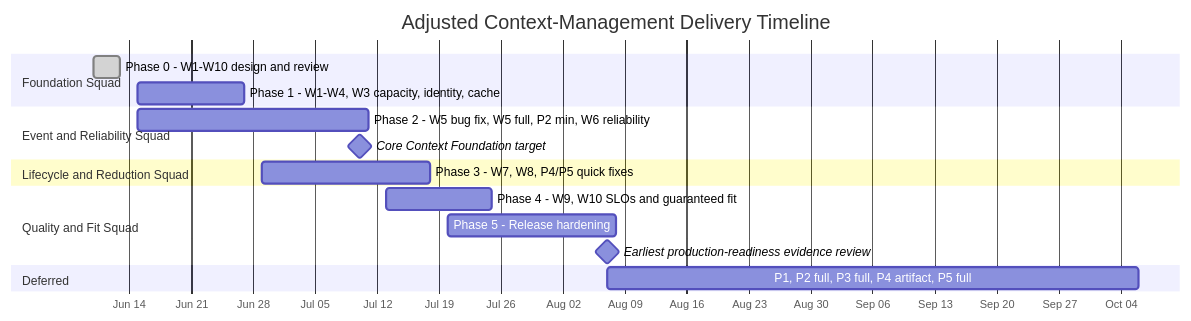
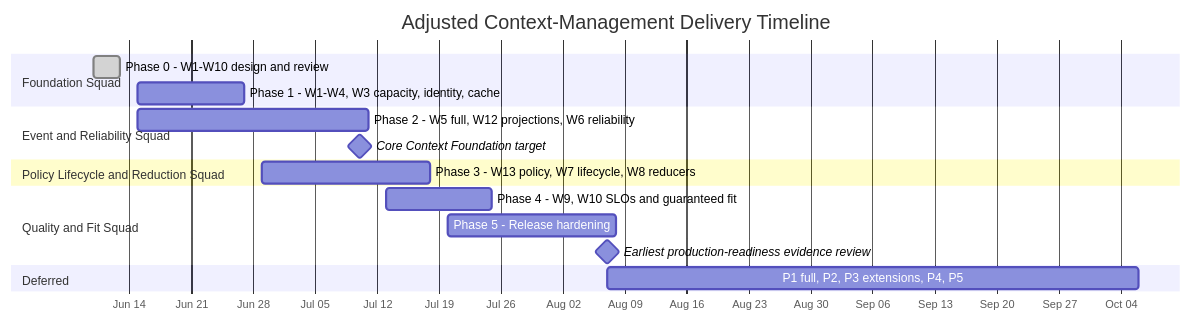
The fifth of 6 diagrams in doc/working/context-management-workstreams/context-management-production-plan.md (ModelEngine-Group/nexent), drawn with Mermaid before and after one commit. The commit also changed other lines of this file and 19 other files, not shown here.

````diff
--- a/doc/working/context-management-workstreams/context-management-production-plan.md
+++ b/doc/working/context-management-workstreams/context-management-production-plan.md
@@ -1301,25 +1343,25 @@
 ```mermaid
 gantt
     title Adjusted Context-Management Delivery Timeline
     dateFormat  YYYY-MM-DD
     axisFormat  %b %d
 
     section Foundation Squad
     Phase 0 - W1-W10 design and review                 :done, p0, 2026-06-10, 3d
     Phase 1 - W1-W4, W3 capacity, identity, cache    :p1, 2026-06-15, 12d
 
     section Event and Reliability Squad
-    Phase 2 - W5 bug fix, W5 full, P2 min, W6 reliability :p2, 2026-06-15, 26d
+    Phase 2 - W5 full, W12 projections, W6 reliability :p2, 2026-06-15, 26d
     Core Context Foundation target                     :milestone, m1, 2026-07-10, 0d
 
-    section Lifecycle and Reduction Squad
-    Phase 3 - W7, W8, P4/P5 quick fixes             :p3, 2026-06-29, 19d
+    section Policy Lifecycle and Reduction Squad
+    Phase 3 - W13 policy, W7 lifecycle, W8 reducers :p3, 2026-06-29, 19d
 
     section Quality and Fit Squad
     Phase 4 - W9, W10 SLOs and guaranteed fit        :p4, 2026-07-13, 12d
     Phase 5 - Release hardening                        :p5, 2026-07-20, 19d
     Earliest production-readiness evidence review      :milestone, m2, 2026-08-07, 0d
 
     section Deferred
-    P1, P2 full, P3 full, P4 artifact, P5 full      :deferred, 2026-08-07, 60d
+    P1 full, P2, P3 extensions, P4, P5             :deferred, 2026-08-07, 60d
 ```
````
